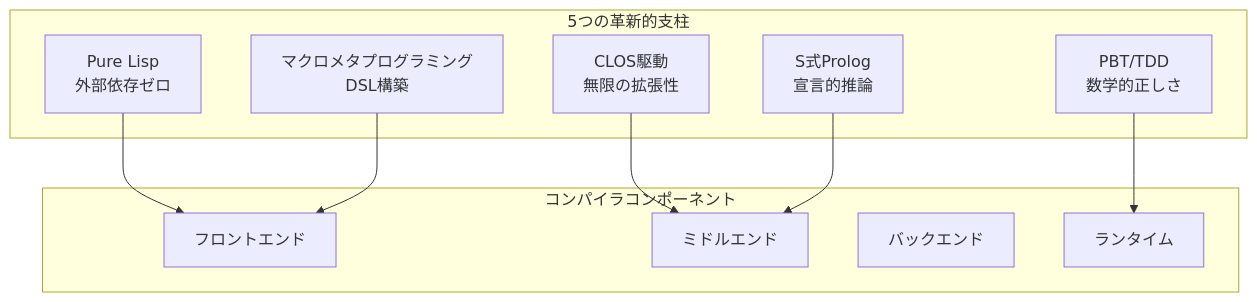
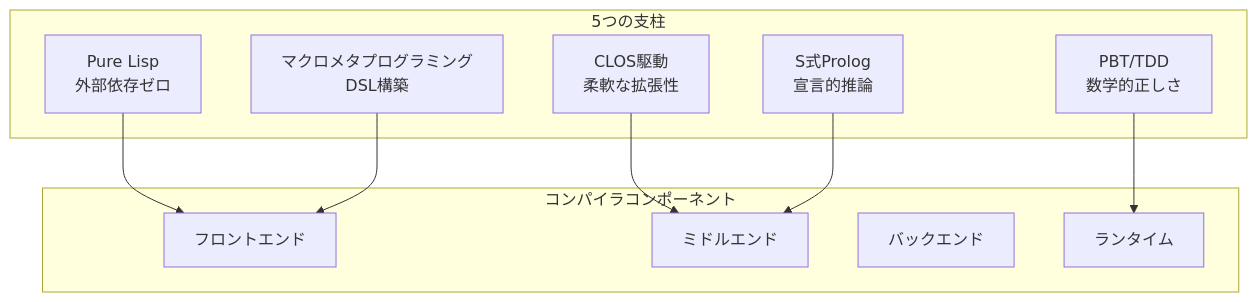
The first of 4 diagrams in docs/MASTER-SSOT.md (takeokunn/cl-cc), drawn with Mermaid before and after one commit. The commit also changed other lines of this file and 28 other files, not shown here.

````diff
--- a/docs/MASTER-SSOT.md
+++ b/docs/MASTER-SSOT.md
@@ -11,23 +11,23 @@
 ```mermaid
 graph TB
-    subgraph "5つの革新的支柱"
+    subgraph "5つの支柱"
         P1[Pure Lisp<br/>外部依存ゼロ]
-        P2[CLOS駆動<br/>無限の拡張性]
+        P2[CLOS駆動<br/>柔軟な拡張性]
         P3[マクロメタプログラミング<br/>DSL構築]
         P4[S式Prolog<br/>宣言的推論]
         P5[PBT/TDD<br/>数学的正しさ]
     end
 
     subgraph "コンパイラコンポーネント"
         FE[フロントエンド]
         ME[ミドルエンド]
         BE[バックエンド]
         RT[ランタイム]
     end
 
     P1 --> FE
     P2 --> ME
     P3 --> FE
     P4 --> ME
     P5 --> RT
 ```
````
